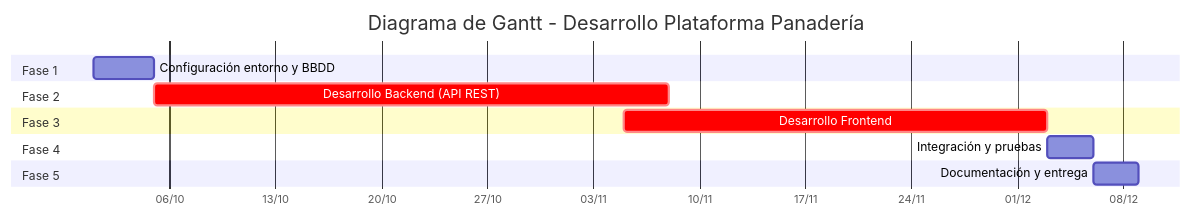
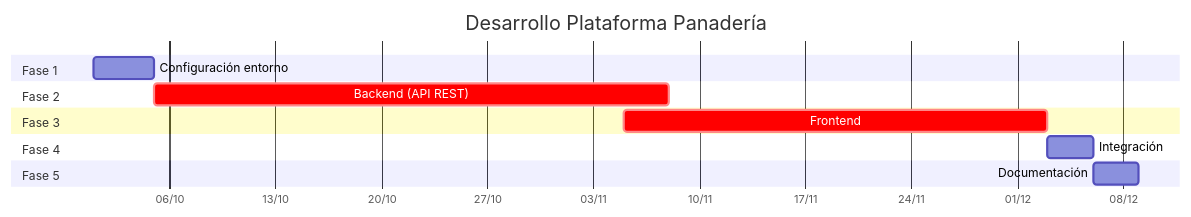
One commit to CacholoDev/PFC changed the fourth of 4 diagrams in doc/doc.md. Above: the diagram before and after it, drawn with Mermaid. The commit also changed other lines of this file and 10 other files, not shown here.

````diff
--- a/doc/doc.md
+++ b/doc/doc.md
@@ -393,20 +365,16 @@
 ```mermaid
 gantt
-    title Diagrama de Gantt - Desarrollo Plataforma Panadería
+    title Desarrollo Plataforma Panadería
     dateFormat  YYYY-MM-DD
     axisFormat %d/%m
     section Fase 1
-    Configuración entorno y BBDD :2024-10-01, 4d
-    
+    Configuración entorno :2024-10-01, 4d
     section Fase 2
-    Desarrollo Backend (API REST) :crit, 2024-10-05, 34d
-    
+    Backend (API REST) :crit, 2024-10-05, 34d
     section Fase 3
-    Desarrollo Frontend :crit, 2024-11-5, 28d
-    
+    Frontend :crit, 2024-11-5, 28d
     section Fase 4
-    Integración y pruebas :2024-12-03, 3d
-    
+    Integración :2024-12-03, 3d
     section Fase 5
-    Documentación y entrega :2024-12-06, 3d
+    Documentación :2024-12-06, 3d
 ```
````
